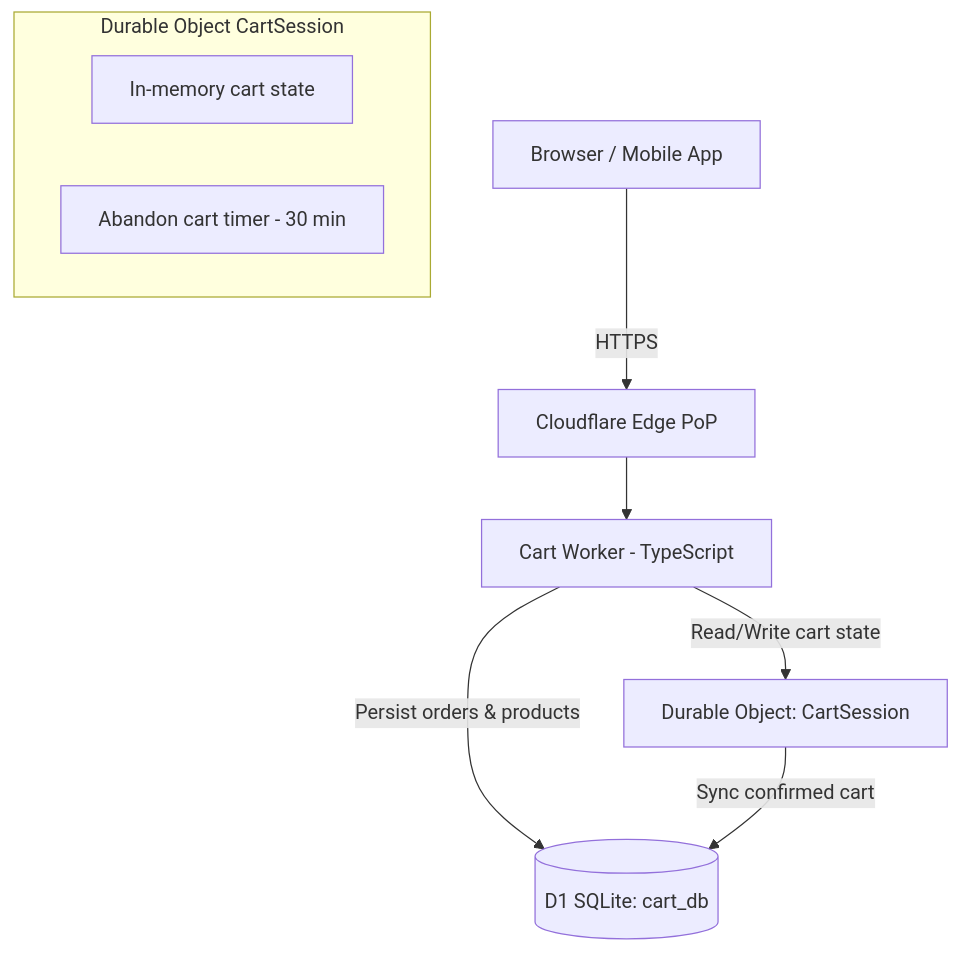
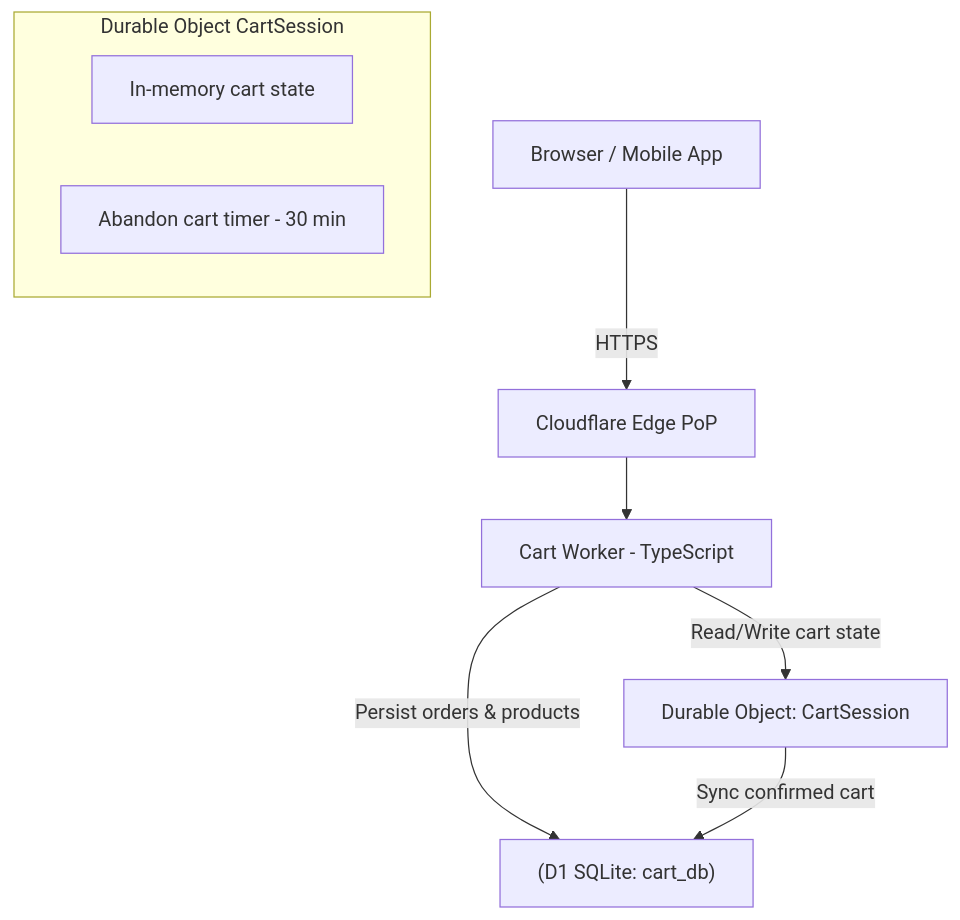
Before and after one commit to vesviet/vesviet: the diagram in content/posts/cloudflare-d1-durable-objects-realtime-cart.md, drawn with Mermaid. The commit also changed other lines of this file and 331 other files, not shown here.

````diff
--- a/content/posts/cloudflare-d1-durable-objects-realtime-cart.md
+++ b/content/posts/cloudflare-d1-durable-objects-realtime-cart.md
@@ -72,15 +72,15 @@
 ```mermaid
 graph TD
-    USER[Browser / Mobile App] -->|HTTPS| CF[Cloudflare Edge PoP]
-    CF --> WORKER[Cart Worker - TypeScript]
+    USER["Browser / Mobile App"] -->|"HTTPS"| CF["Cloudflare Edge PoP"]
+    CF --> WORKER["Cart Worker - TypeScript"]
     
-    WORKER -->|Read/Write cart state| DO[Durable Object: CartSession]
-    WORKER -->|Persist orders & products| D1[(D1 SQLite: cart_db)]
+    WORKER -->|"Read/Write cart state"| DO["Durable Object: CartSession"]
+    WORKER -->|"Persist orders & products"| D1["(D1 SQLite: cart_db)"]
     
-    DO -->|Sync confirmed cart| D1
+    DO -->|"Sync confirmed cart"| D1
     
     subgraph Durable Object CartSession
-        DO_STATE[In-memory cart state]
-        DO_ALARM[Abandon cart timer - 30 min]
+        DO_STATE["In-memory cart state"]
+        DO_ALARM["Abandon cart timer - 30 min"]
     end
 ```
````
